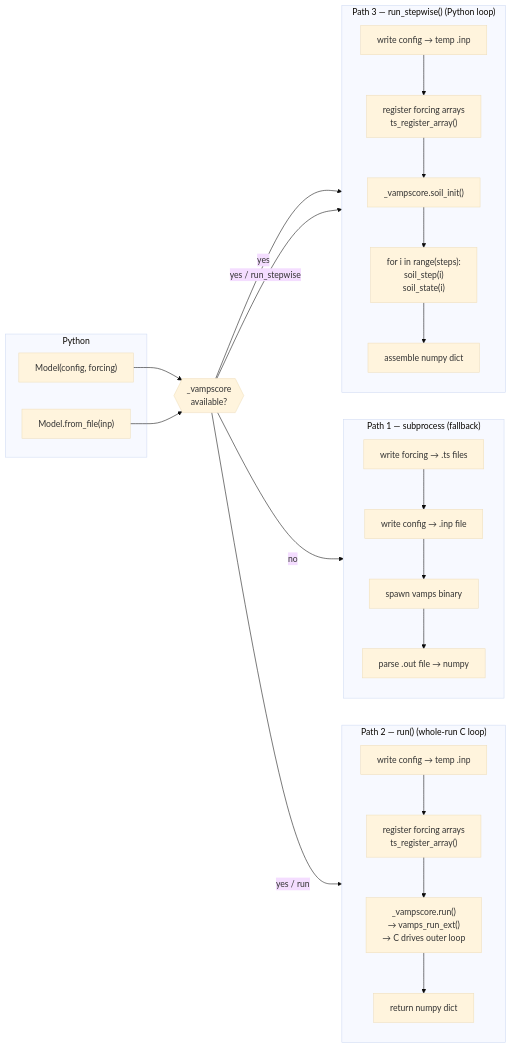
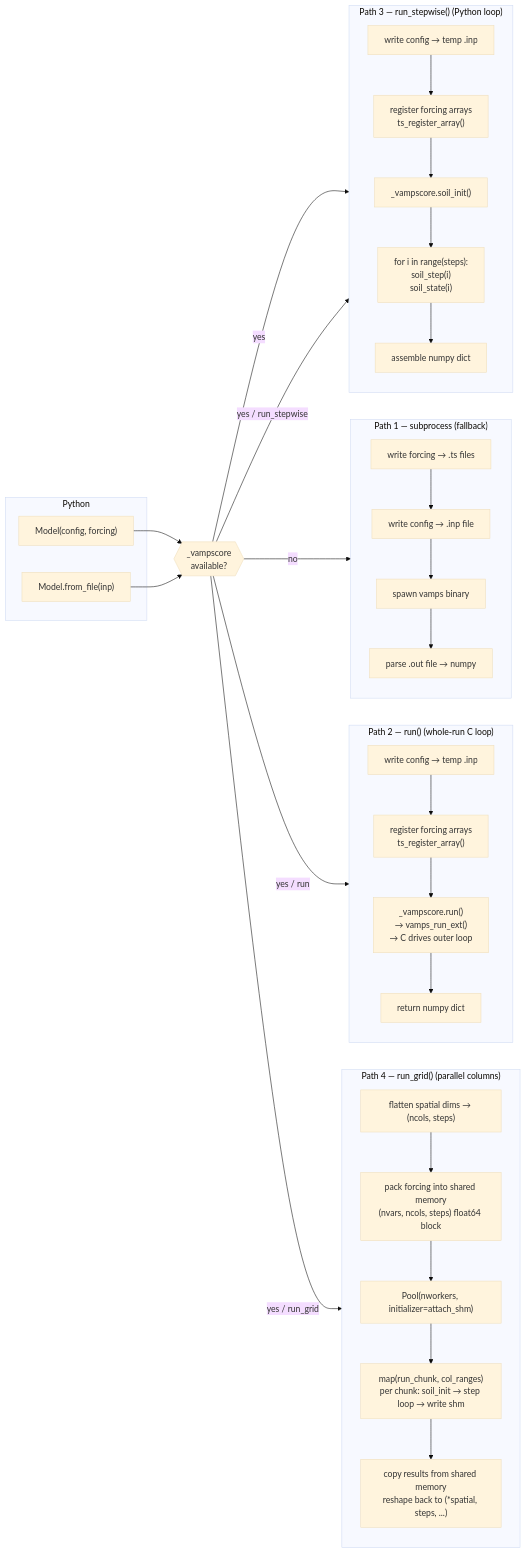
The second of 11 diagrams in docs/architecture.md (jaapschellekens/vampspy), drawn with Mermaid (base theme) before and after one commit. The commit also changed other lines of this file and 13 other files, not shown here.

````diff
--- a/docs/architecture.md
+++ b/docs/architecture.md
@@ -57,43 +58,54 @@
 ```mermaid
 flowchart LR
     subgraph Python
         M["Model(config, forcing)"]
         FF["Model.from_file(inp)"]
     end
 
     M & FF --> choice{{"_vampscore\navailable?"}}
 
     choice -- yes --> P3
     choice -- no  --> P1
 
     subgraph P1["Path 1 — subprocess (fallback)"]
         direction TB
         p1a["write forcing → .ts files"]
         p1b["write config  → .inp file"]
         p1c["spawn vamps binary"]
         p1d["parse .out file → numpy"]
         p1a --> p1b --> p1c --> p1d
     end
 
     subgraph P2["Path 2 — run()  (whole-run C loop)"]
         direction TB
         p2a["write config → temp .inp"]
         p2b["register forcing arrays\nts_register_array()"]
         p2c["_vampscore.run()\n→ vamps_run_ext()\n→ C drives outer loop"]
         p2d["return numpy dict"]
         p2a --> p2b --> p2c --> p2d
     end
 
     subgraph P3["Path 3 — run_stepwise()  (Python loop)"]
         direction TB
         p3a["write config → temp .inp"]
         p3b["register forcing arrays\nts_register_array()"]
         p3c["_vampscore.soil_init()"]
         p3d["for i in range(steps):\n  soil_step(i)\n  soil_state(i)"]
         p3e["assemble numpy dict"]
         p3a --> p3b --> p3c --> p3d --> p3e
     end
 
     choice -- yes / run_stepwise --> P3
     choice -- yes / run          --> P2
+    choice -- yes / run_grid     --> P4
+
+    subgraph P4["Path 4 — run_grid()  (parallel columns)"]
+        direction TB
+        p4a["flatten spatial dims → (ncols, steps)"]
+        p4b["pack forcing into shared memory\n(nvars, ncols, steps) float64 block"]
+        p4c["Pool(nworkers, initializer=attach_shm)"]
+        p4d["map(run_chunk, col_ranges)\nper chunk: soil_init → step loop → write shm"]
+        p4e["copy results from shared memory\nreshape back to (*spatial, steps, ...)"]
+        p4a --> p4b --> p4c --> p4d --> p4e
+    end
 ```
````
